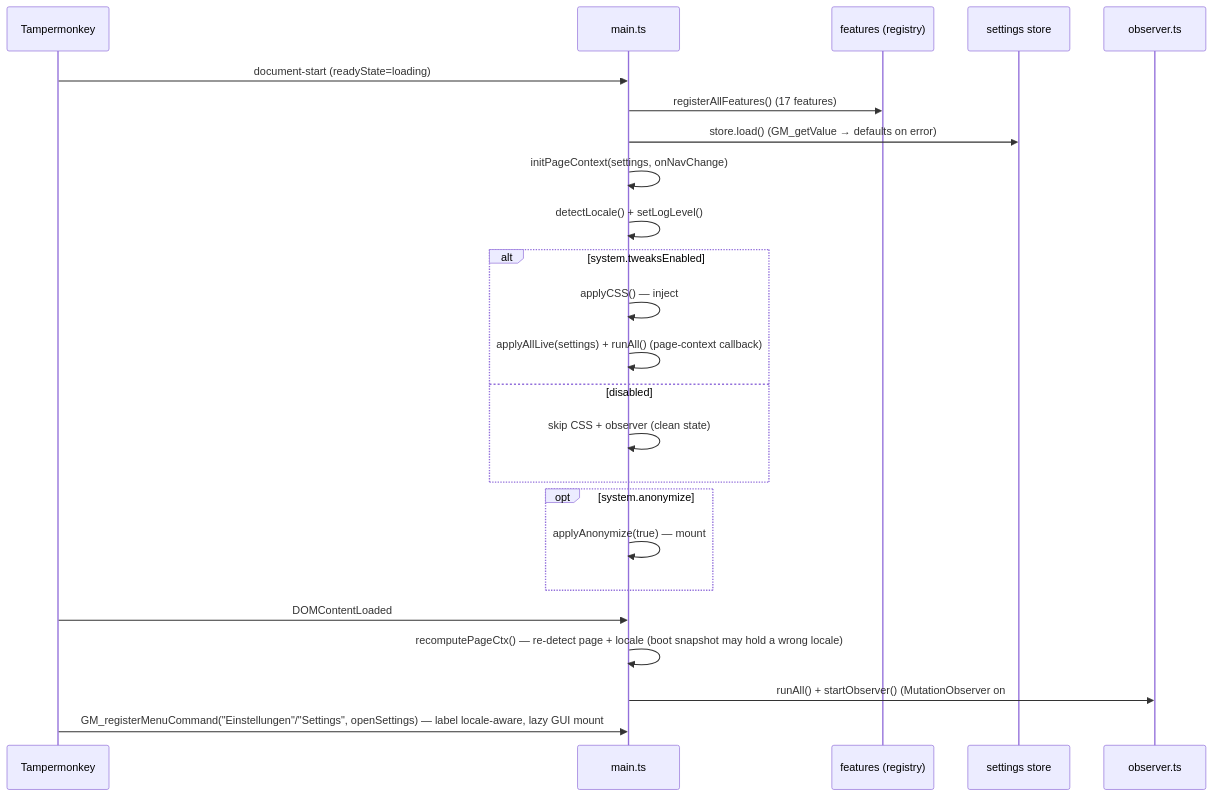
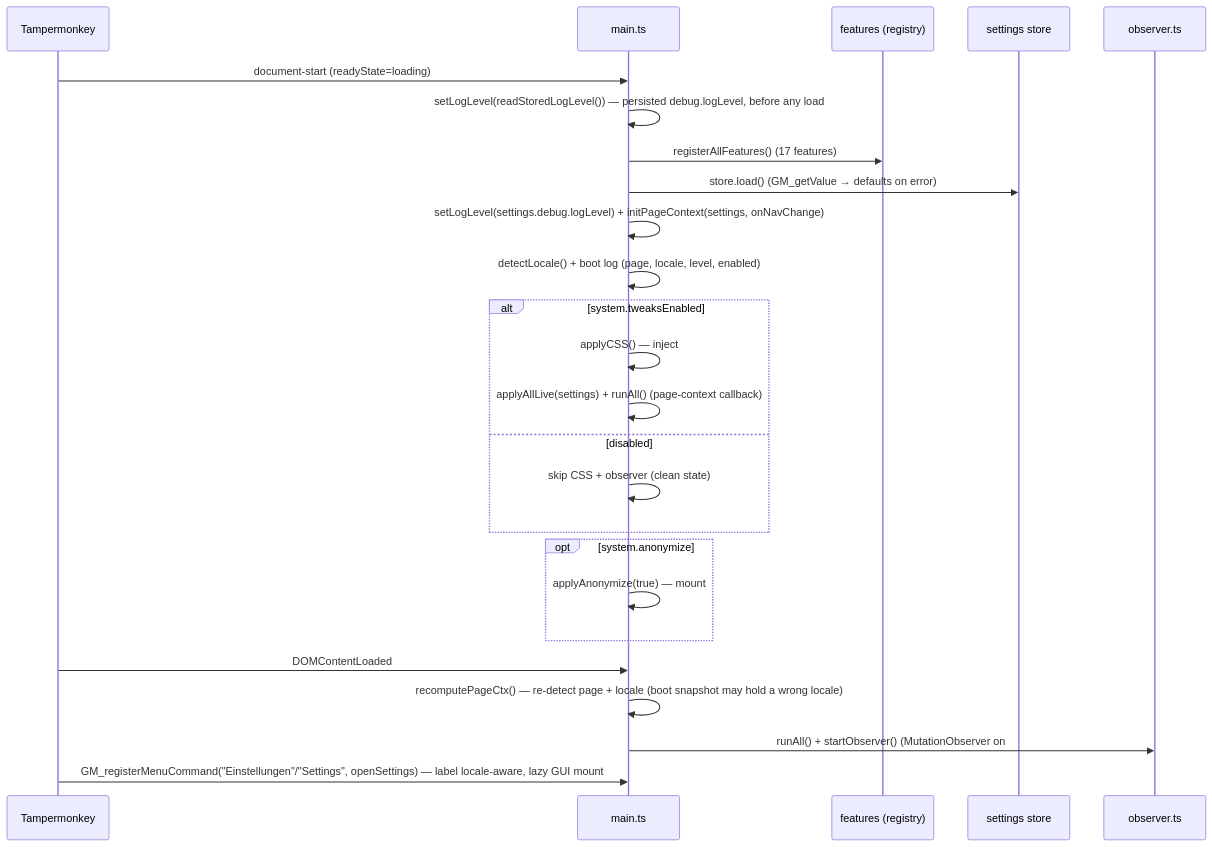
Before and after one commit to JanGaida/youtube-ui-tweaks: the third of 6 diagrams in docs/architecture/system-overview.md, drawn with Mermaid. The commit also changed other lines of this file and 47 other files, not shown here.

First line of the commit message:
feat(logging): structured logger, boot hardening, and debug report (#13)

````diff
--- a/docs/architecture/system-overview.md
+++ b/docs/architecture/system-overview.md
@@ -74,27 +74,28 @@
 ```mermaid
 sequenceDiagram
   participant TM as Tampermonkey
   participant Main as main.ts
   participant Reg as features (registry)
   participant Store as settings store
   participant Obs as observer.ts
 
   TM->>Main: document-start (readyState=loading)
+  Main->>Main: setLogLevel(readStoredLogLevel()) — persisted debug.logLevel, before any load
   Main->>Reg: registerAllFeatures() (17 features)
   Main->>Store: store.load() (GM_getValue → defaults on error)
-  Main->>Main: initPageContext(settings, onNavChange)
-  Main->>Main: detectLocale() + setLogLevel()
+  Main->>Main: setLogLevel(settings.debug.logLevel) + initPageContext(settings, onNavChange)
+  Main->>Main: detectLocale() + boot log (page, locale, level, enabled)
   alt system.tweaksEnabled
     Main->>Main: applyCSS() — inject #yt-tweaks-css (before first paint, avoids FOUC)
     Main->>Main: applyAllLive(settings) + runAll() (page-context callback)
   else disabled
     Main->>Main: skip CSS + observer (clean state)
   end
   opt system.anonymize
     Main->>Main: applyAnonymize(true) — mount #yt-tweaks-anonymize-css (independent of kill-switch)
   end
   TM->>Main: DOMContentLoaded
   Main->>Main: recomputePageCtx() — re-detect page + locale (boot snapshot may hold a wrong locale)
   Main->>Obs: runAll() + startObserver() (MutationObserver on #content, 200ms throttle, yt-navigate-finish listener)
   TM->>Main: GM_registerMenuCommand("Einstellungen"/"Settings", openSettings) — label locale-aware, lazy GUI mount
 ```
````
